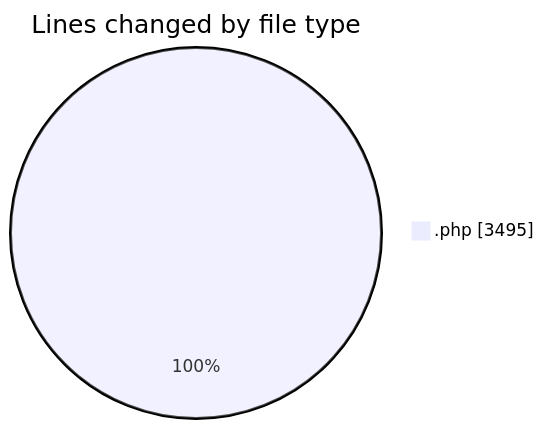
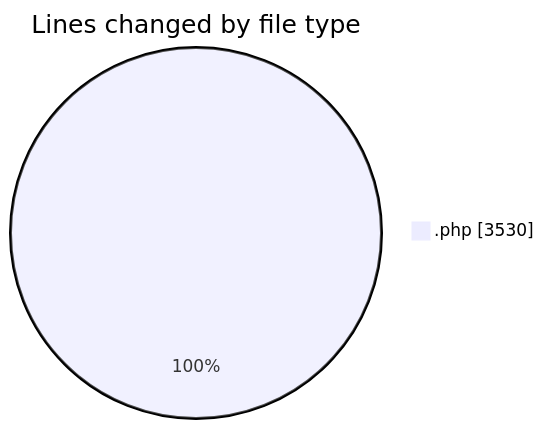
One commit to debugP/code-tracking changed the first of 2 diagrams in 2025-10-21/untitled__workspace_/README.md. Above: the diagram before and after it, drawn with Mermaid. The commit also changed other lines of this file and 1 other file, not shown here.

````diff
--- a/2025-10-21/untitled__workspace_/README.md
+++ b/2025-10-21/untitled__workspace_/README.md
@@ -20,5 +20,5 @@
 ```mermaid
 pie showData
 title Lines changed by file type
-".php" : 3495
+".php" : 3530
 ```
````
